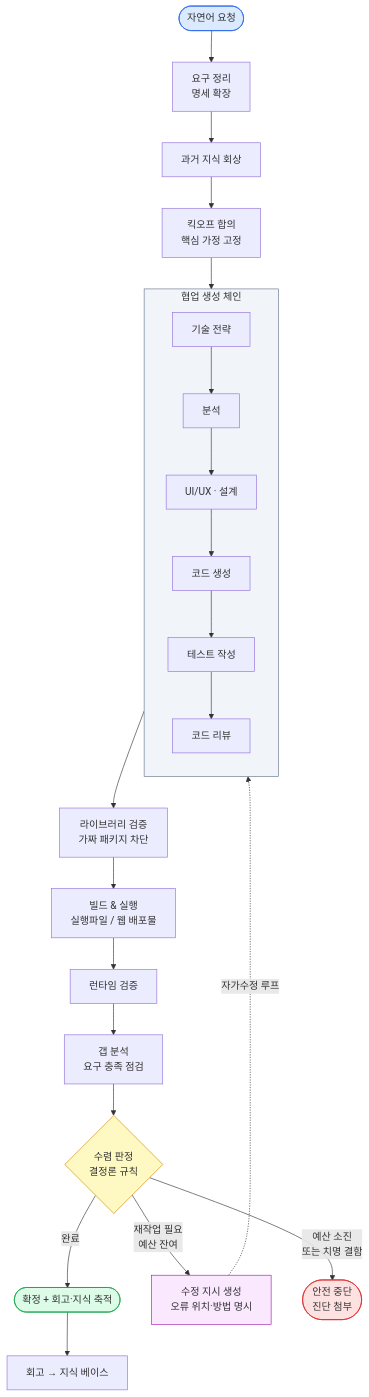
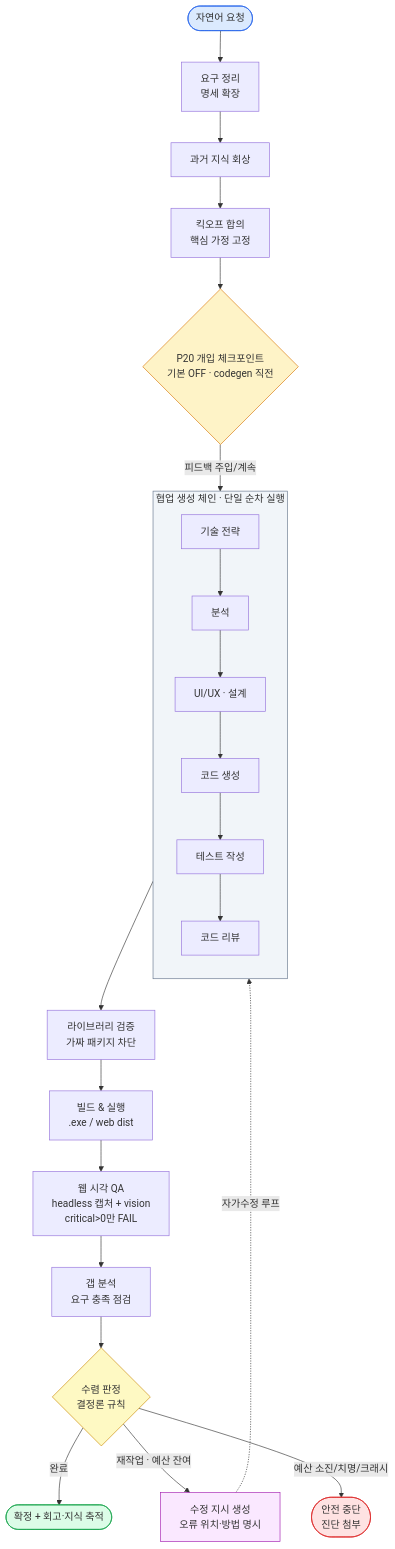
Before and after one commit to SongJongwon/nexus-alpha: the first of 2 diagrams in docs/ARCHITECTURE_OVERVIEW.md, drawn with Mermaid. The commit also changed other lines of this file and 2 other files, not shown here.

First line of the commit message:
docs: ARCHITECTURE_OVERVIEW P16~P20 스냅샷(검증 vs 로드맵) (#254)

````diff
--- a/docs/ARCHITECTURE_OVERVIEW.md
+++ b/docs/ARCHITECTURE_OVERVIEW.md
@@ -85,37 +155,36 @@
 ```mermaid
 flowchart TD
     U([자연어 요청]) --> EXP[요구 정리<br/>명세 확장]
     EXP --> RECALL[과거 지식 회상]
     RECALL --> KICK[킥오프 합의<br/>핵심 가정 고정]
-    KICK --> CHAIN
+    KICK --> CKPT{P20 개입 체크포인트<br/>기본 OFF · codegen 직전}
+    CKPT -->|피드백 주입/계속| CHAIN
 
-    subgraph CHAIN[협업 생성 체인]
+    subgraph CHAIN[협업 생성 체인 · 단일 순차 실행]
         direction TB
         CTO[기술 전략] --> ANA[분석]
         ANA --> DESIGN[UI/UX · 설계]
         DESIGN --> CODE[코드 생성]
         CODE --> TEST[테스트 작성]
         TEST --> REVIEW[코드 리뷰]
     end
 
     CHAIN --> SCOUT[라이브러리 검증<br/>가짜 패키지 차단]
-    SCOUT --> BUILD[빌드 & 실행<br/>실행파일 / 웹 배포물]
-    BUILD --> RV[런타임 검증]
-    RV --> GAP[갭 분석<br/>요구 충족 점검]
+    SCOUT --> BUILD[빌드 & 실행<br/>.exe / web dist]
+    BUILD --> VQA[웹 시각 QA<br/>headless 캡처 + vision<br/>critical>0만 FAIL]
+    VQA --> GAP[갭 분석<br/>요구 충족 점검]
     GAP --> JUDGE{수렴 판정<br/>결정론 규칙}
 
     JUDGE -->|완료| DONE([확정 + 회고·지식 축적])
-    JUDGE -->|재작업 필요<br/>예산 잔여| FB[수정 지시 생성<br/>오류 위치·방법 명시]
-    JUDGE -->|예산 소진<br/>또는 치명 결함| STOP([안전 중단<br/>진단 첨부])
-
+    JUDGE -->|재작업 · 예산 잔여| FB[수정 지시 생성<br/>오류 위치·방법 명시]
+    JUDGE -->|예산 소진/치명/크래시| STOP([안전 중단<br/>진단 첨부])
     FB -. 자가수정 루프 .-> CHAIN
 
-    DONE --> RETRO[회고 → 지식 베이스]
-
     style U fill:#dbeafe,stroke:#2563eb
+    style CKPT fill:#fef3c7,stroke:#d97706
     style DONE fill:#dcfce7,stroke:#16a34a
     style STOP fill:#fee2e2,stroke:#dc2626
     style JUDGE fill:#fef9c3,stroke:#ca8a04
     style FB fill:#fae8ff,stroke:#a21caf
     style CHAIN fill:#f1f5f9,stroke:#64748b
 ```
````
